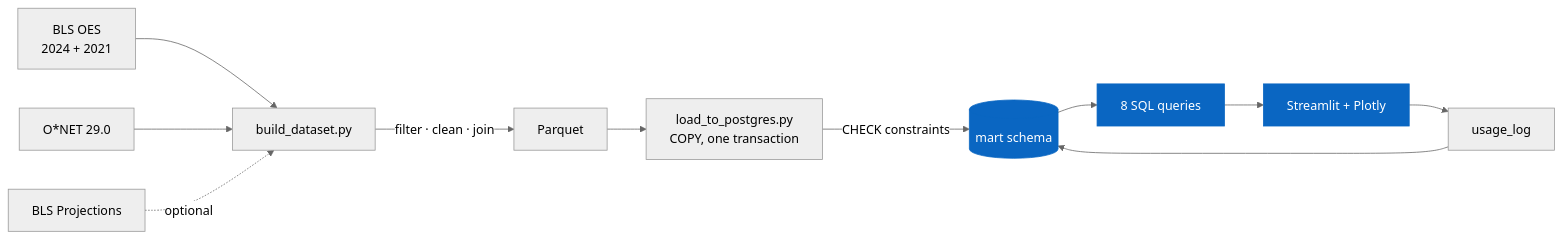
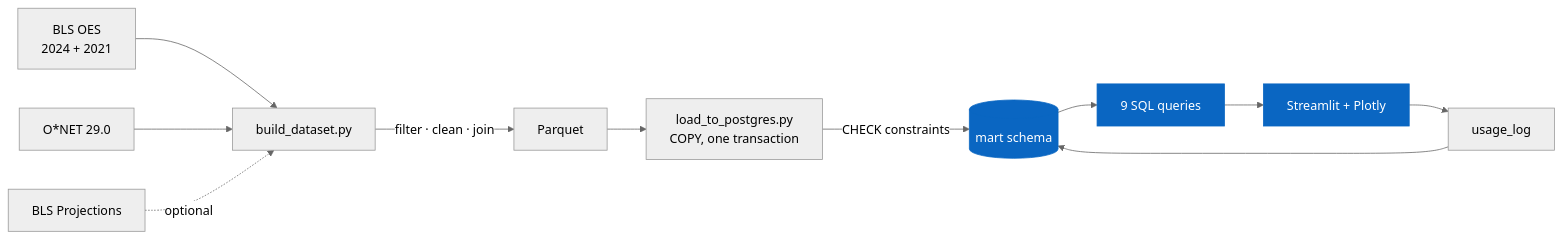
Before and after one commit to mateoportillo1900/talent-market-signal: the diagram in README.md, drawn with Mermaid (neutral theme). The commit also changed other lines of this file and 9 other files, not shown here.

````diff
--- a/README.md
+++ b/README.md
@@ -125,17 +125,17 @@
 ```mermaid
 flowchart LR
     A[BLS OES<br/>2024 + 2021] --> B[build_dataset.py]
     C[O*NET 29.0] --> B
     D[BLS Projections] -.optional.-> B
     B --> |filter · clean · join| E[Parquet]
     E --> F[load_to_postgres.py<br/>COPY, one transaction]
     F --> |CHECK constraints| G[(mart schema)]
-    G --> H[8 SQL queries]
+    G --> H[9 SQL queries]
     H --> I[Streamlit + Plotly]
     I --> J[usage_log]
     J --> G
 
     style G fill:#0A66C2,stroke:#0A66C2,color:#fff
     style H fill:#0A66C2,stroke:#0A66C2,color:#fff
     style I fill:#0A66C2,stroke:#0A66C2,color:#fff
 ```
````
